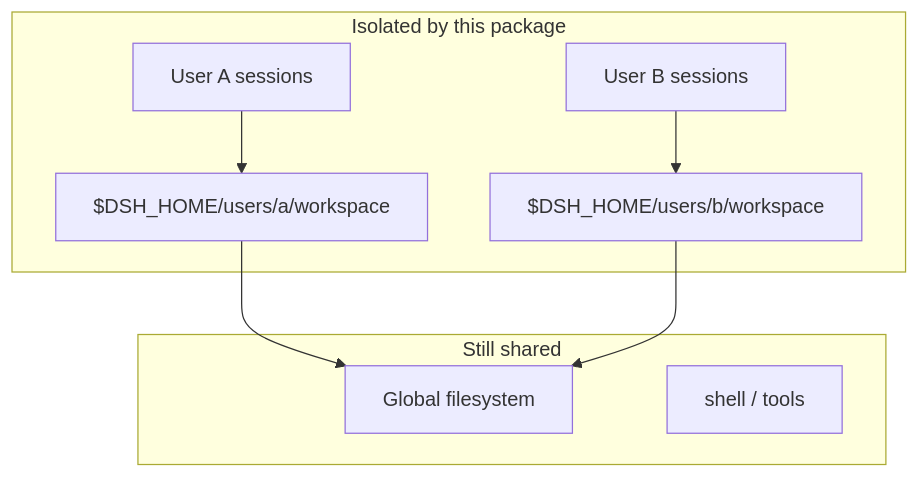
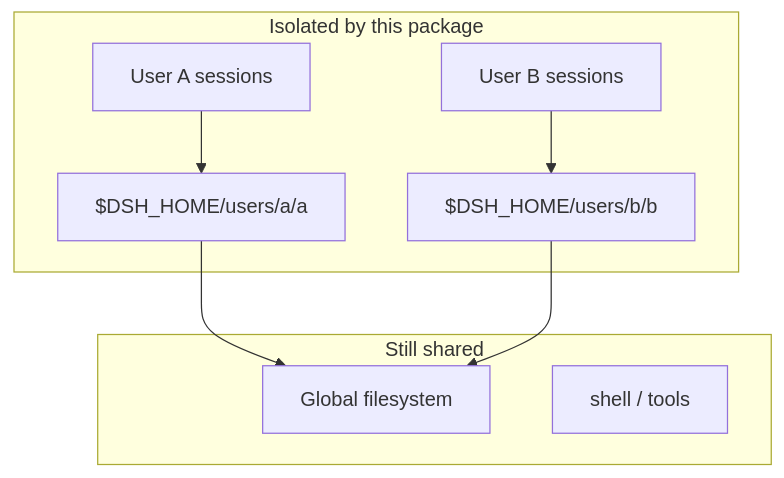
One commit to yangyf520/deepseek-harness changed the second of 3 diagrams in packages/host/auth-tenant/README.md. Above: the diagram before and after it, drawn with Mermaid. The commit also changed other lines of this file and 12 other files, not shown here.

````diff
--- a/packages/host/auth-tenant/README.md
+++ b/packages/host/auth-tenant/README.md
@@ -85,17 +86,17 @@
 ```mermaid
 flowchart TB
   subgraph isolated [Isolated by this package]
     S1[User A sessions]
     S2[User B sessions]
-    W1["$DSH_HOME/users/a/workspace"]
-    W2["$DSH_HOME/users/b/workspace"]
+    W1["$DSH_HOME/users/a/a"]
+    W2["$DSH_HOME/users/b/b"]
   end
   subgraph shared [Still shared]
     FS[Global filesystem]
     SH[shell / tools]
   end
   S1 --> W1
   S2 --> W2
   W1 --> FS
   W2 --> FS
 ```
````
